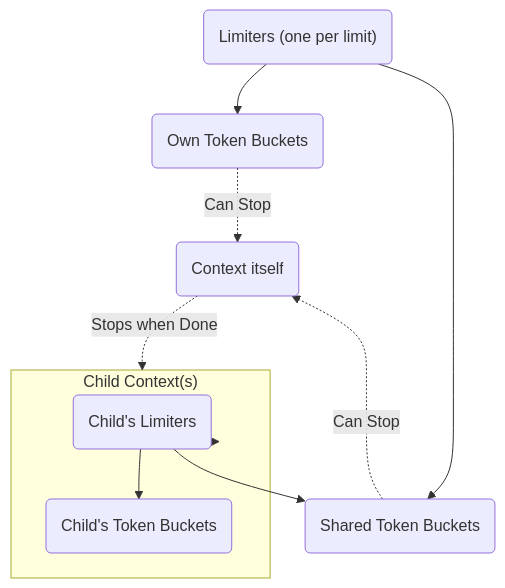
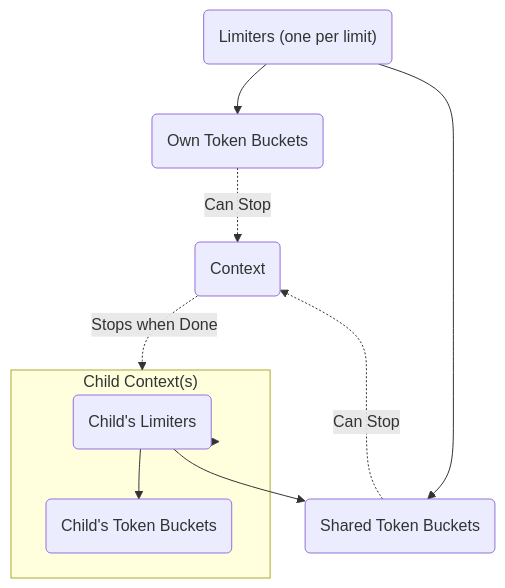
The sixth of 6 diagrams in README.md (inoxlang/inox), drawn with Mermaid before and after one commit. The commit also changed other lines of this file, not shown here.

````diff
--- a/README.md
+++ b/README.md
@@ -722,16 +722,16 @@
 ```mermaid
 graph TD
     Limiters("Limiters (one per limit)") --> OwnTokenBuckets(Own Token Buckets) & SharedTokenBuckets(Shared Token Buckets)
     Ctx -.->|Stops when Done| ChildCtx
-    Ctx(Context itself)
+    Ctx(Context)
   
     ChildCtx --> ChildLimiters(Child's Limiters) --> SharedTokenBuckets
     ChildLimiters --> ChildOwnTokenBuckets(Child's Token Buckets)
 
     SharedTokenBuckets & OwnTokenBuckets -.->|Can Stop| Ctx
 
 subgraph ChildCtx["Child Context(s)"]
   ChildLimiters
   ChildOwnTokenBuckets
 end
 ```
````
